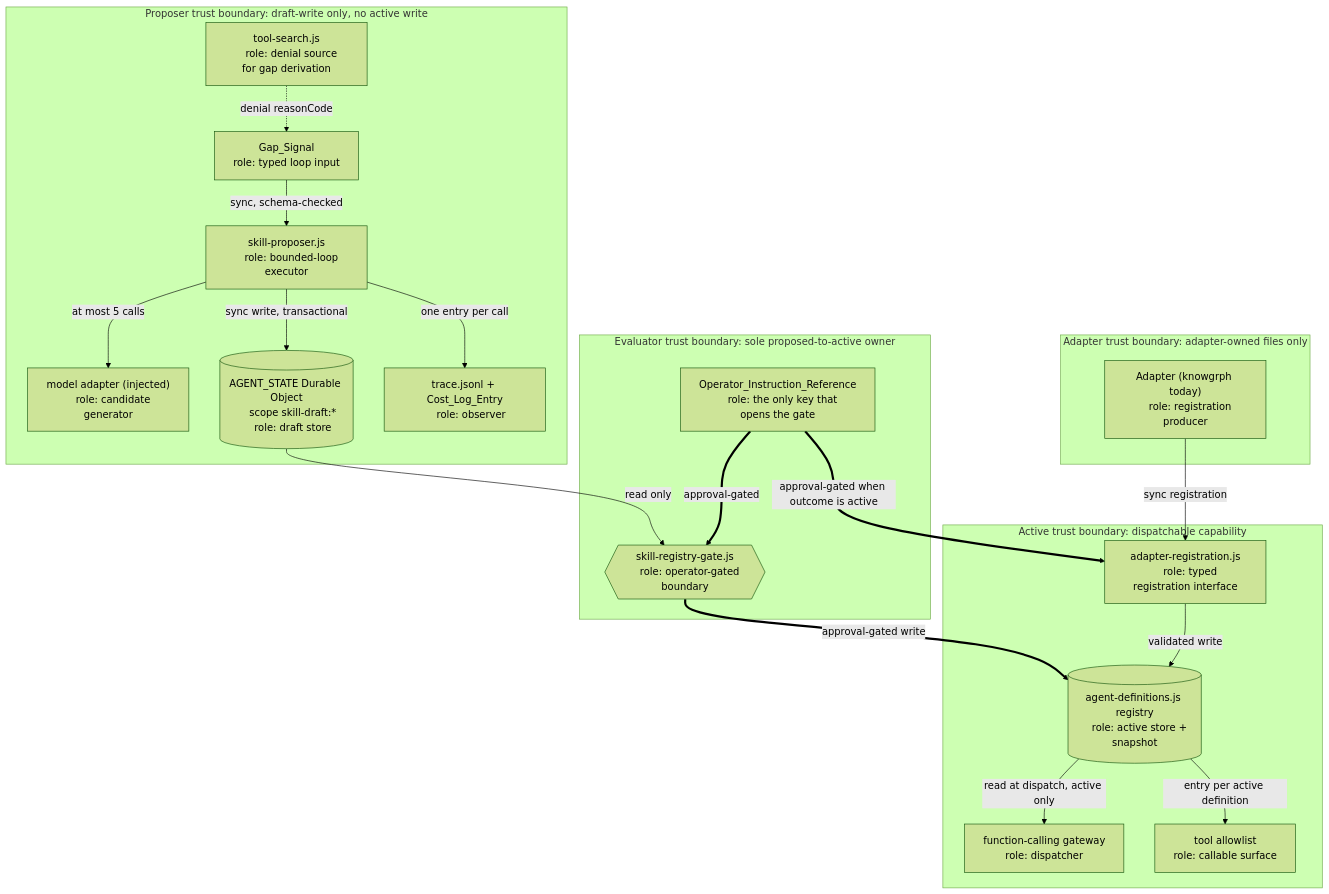
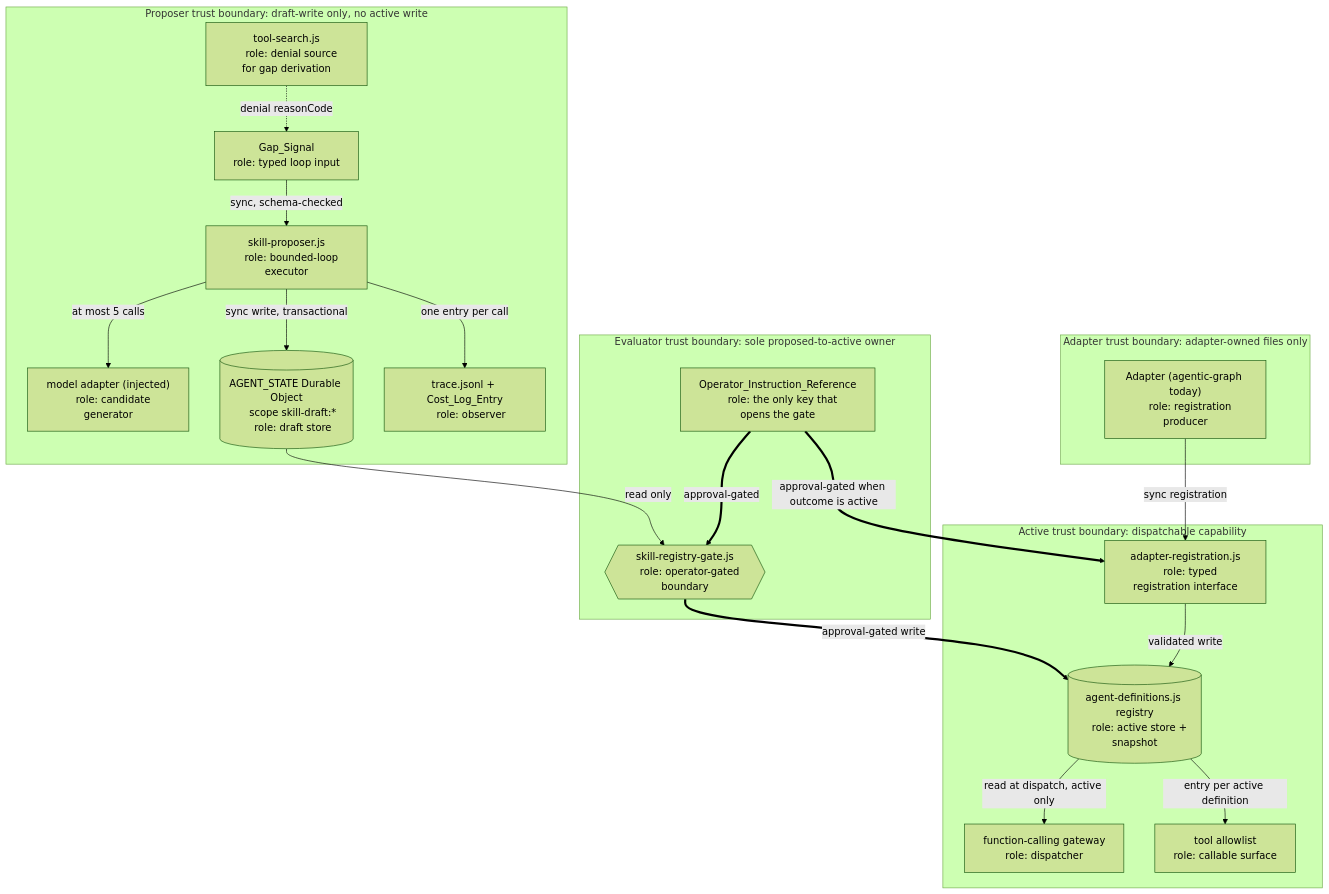
The diagram in .kiro/specs/native-skill-creation-harness/design.md (huijoohwee/agentic-canvas-os), drawn with Mermaid (forest theme) before and after one commit. The commit also changed other lines of this file and 153 other files, not shown here.

First line of the commit message:
refactor(identity): migrate product namespace to agentic-graph (#875)

````diff
--- a/.kiro/specs/native-skill-creation-harness/design.md
+++ b/.kiro/specs/native-skill-creation-harness/design.md
@@ -355,55 +355,55 @@
 ```mermaid
 flowchart TB
   subgraph adapter_lane["Adapter trust boundary: adapter-owned files only"]
-    ADP["Adapter (knowgrph today)
+    ADP["Adapter (agentic-graph today)
     role: registration producer"]
   end
 
   subgraph proposer_lane["Proposer trust boundary: draft-write only, no active write"]
     TS["tool-search.js
     role: denial source for gap derivation"]
     GS["Gap_Signal
     role: typed loop input"]
     SP["skill-proposer.js
     role: bounded-loop executor"]
     MA["model adapter (injected)
     role: candidate generator"]
     DRS[("AGENT_STATE Durable Object
     scope skill-draft:*
     role: draft store")]
     OBS["trace.jsonl + Cost_Log_Entry
     role: observer"]
   end
 
   subgraph gate_lane["Evaluator trust boundary: sole proposed-to-active owner"]
     GATE{{"skill-registry-gate.js
     role: operator-gated boundary"}}
     OIR["Operator_Instruction_Reference
     role: the only key that opens the gate"]
   end
 
   subgraph active_lane["Active trust boundary: dispatchable capability"]
     AR["adapter-registration.js
     role: typed registration interface"]
     REG[("agent-definitions.js registry
     role: active store + snapshot")]
     FCG["function-calling gateway
     role: dispatcher"]
     ALW["tool allowlist
     role: callable surface"]
   end
 
   TS -. "denial reasonCode" .-> GS
   GS -- "sync, schema-checked" --> SP
   SP -- "at most 5 calls" --> MA
   SP -- "sync write, transactional" --> DRS
   SP -- "one entry per call" --> OBS
   DRS -- "read only" --> GATE
   OIR == "approval-gated" ==> GATE
   GATE == "approval-gated write" ==> REG
   ADP -- "sync registration" --> AR
   OIR == "approval-gated when outcome is active" ==> AR
   AR -- "validated write" --> REG
   REG -- "read at dispatch, active only" --> FCG
   REG -- "entry per active definition" --> ALW
 ```
````
